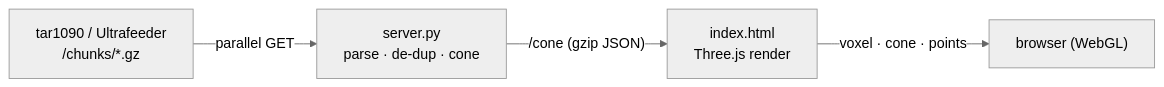
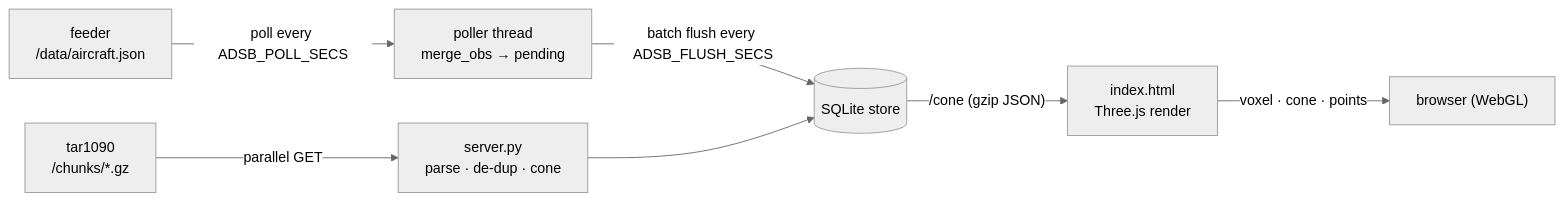
The diagram in DETAILS.md (jrsphoto/ADSb-Vue), drawn with Mermaid (neutral theme) before and after one commit. The commit also changed other lines of this file and 2 other files, not shown here.

````diff
--- a/DETAILS.md
+++ b/DETAILS.md
@@ -14,6 +14,9 @@
 ```mermaid
 flowchart LR
-    T["tar1090 / Ultrafeeder<br/>/chunks/*.gz"] -->|"parallel GET"| S["server.py<br/>parse · de-dup · cone"]
-    S -->|"/cone (gzip JSON)"| B["index.html<br/>Three.js render"]
+    A["feeder<br/>/data/aircraft.json"] -->|"poll every ADSB_POLL_SECS"| P["poller thread<br/>merge_obs → pending"]
+    T["tar1090<br/>/chunks/*.gz"] -->|"parallel GET"| S["server.py<br/>parse · de-dup · cone"]
+    P -->|"batch flush every ADSB_FLUSH_SECS"| D[("SQLite store")]
+    S --> D
+    D -->|"/cone (gzip JSON)"| B["index.html<br/>Three.js render"]
     B -->|"voxel · cone · points"| U["browser (WebGL)"]
 ```
````
